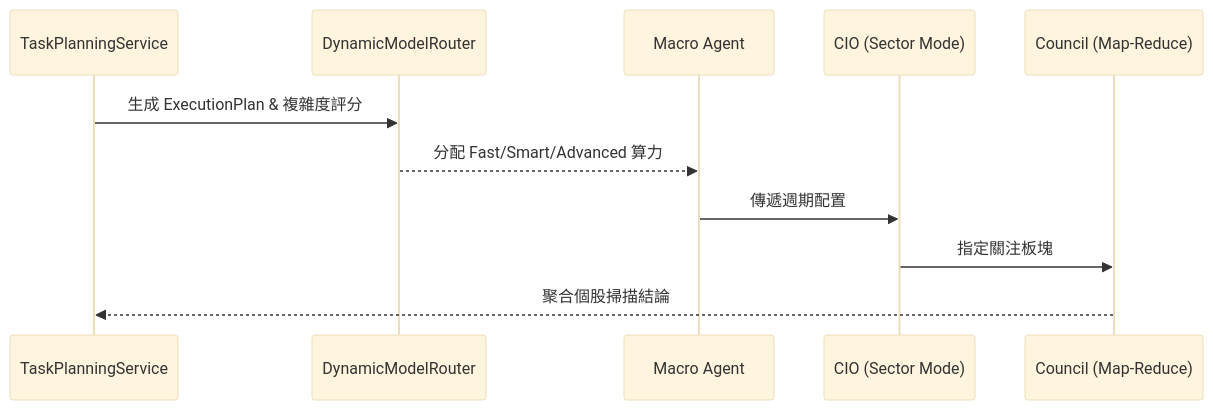
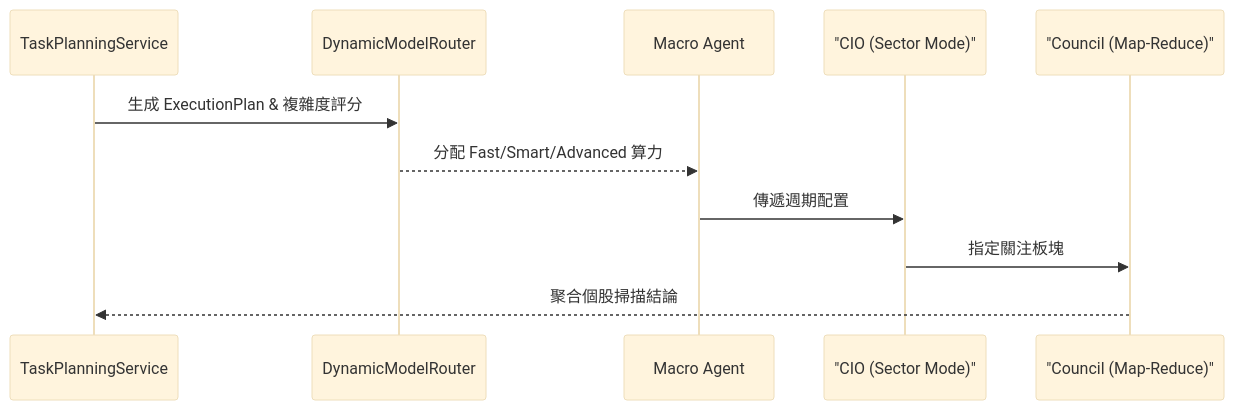
Before and after one commit to neohsiung/AI-Investment-Advisor: the diagram in wiki/04_架構觀點-Architect_Views/任務規劃與執行引擎-Task-Planning-Engine.md, drawn with Mermaid (base theme). The commit also changed 15 other files, not shown here.

First line of the commit message:
docs(wiki): optimize structure, standardize flat-links, and fix mermaid syntax

````diff
--- a/wiki/04_架構觀點-Architect_Views/任務規劃與執行引擎-Task-Planning-Engine.md
+++ b/wiki/04_架構觀點-Architect_Views/任務規劃與執行引擎-Task-Planning-Engine.md
@@ -48,14 +48,14 @@
 ```mermaid
 sequenceDiagram
     participant Planner as TaskPlanningService
     participant Router as DynamicModelRouter
     participant Macro as Macro Agent
-    participant Sector as CIO (Sector Mode)
-    participant Council as Council (Map-Reduce)
+    participant Sector as "CIO (Sector Mode)"
+    participant Council as "Council (Map-Reduce)"
     
     Planner->>Router: 生成 ExecutionPlan & 複雜度評分
     Router-->>Macro: 分配 Fast/Smart/Advanced 算力
     Macro->>Sector: 傳遞週期配置
     Sector->>Council: 指定關注板塊
     Council-->>Planner: 聚合個股掃描結論
 ```
````
